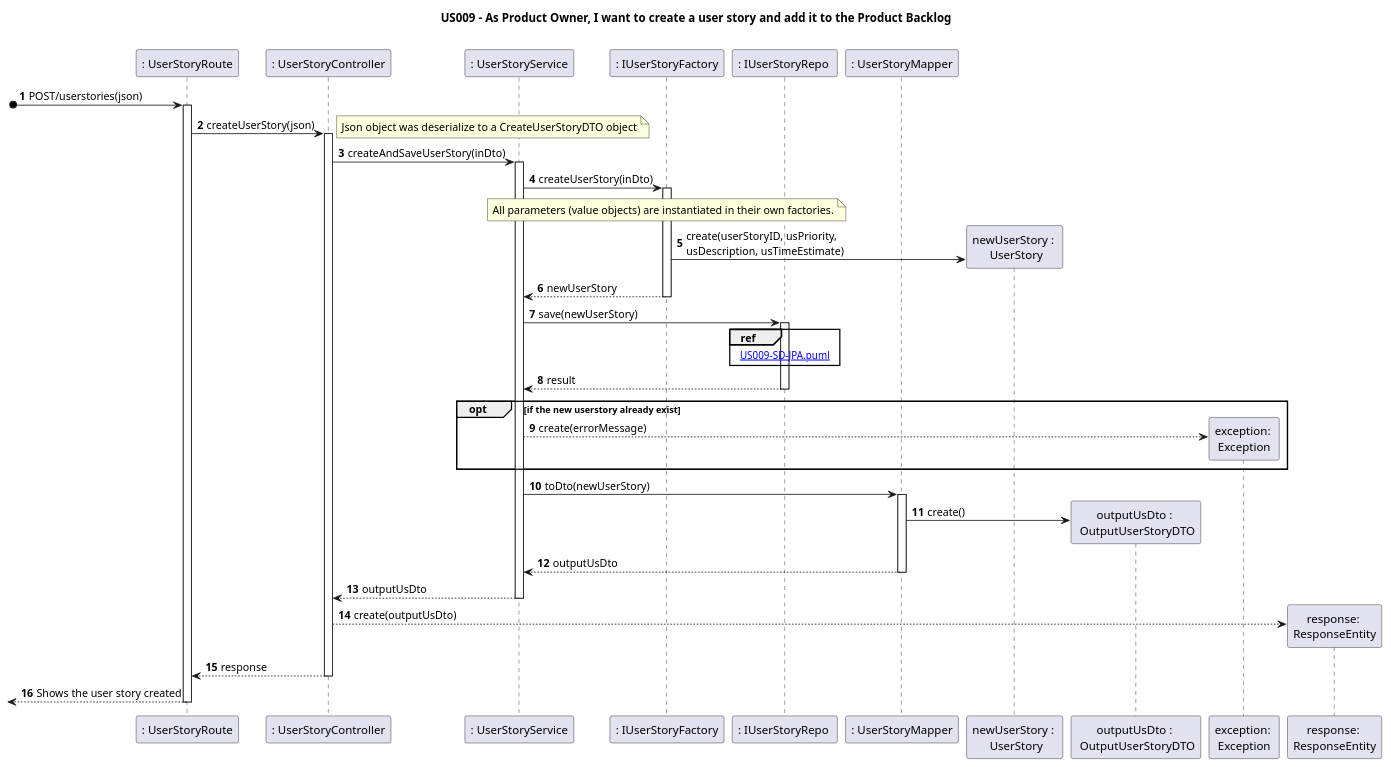
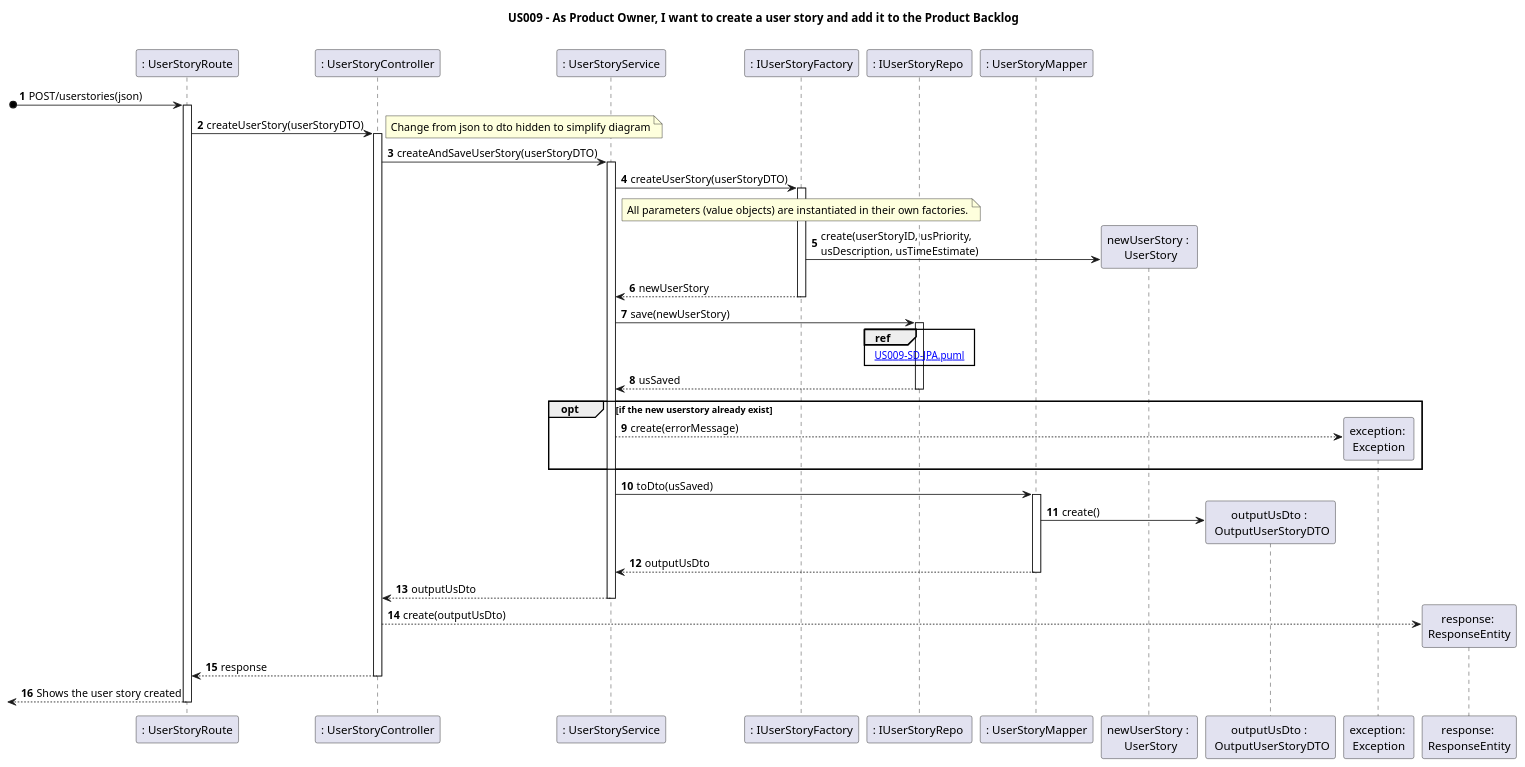
One commit to nunogon1211787/projectManagement changed the diagram in docs/Sprint1/US009/US009-SD.puml. Above: the diagram before and after it, drawn with PlantUML. The commit also changed 49 other files, not shown here.

```diff
--- a/docs/Sprint1/US009/US009-SD.puml
+++ b/docs/Sprint1/US009/US009-SD.puml
@@ -1,50 +1,50 @@
 @startuml
 'https://plantuml.com/sequence-diagram
 
 title US009 - As Product Owner, I want to create a user story and add it to the Product Backlog
 
 autoactivate on
 autonumber
 
 
 participant ": UserStoryRoute" as System
 participant ": UserStoryController" as Ctrl
 participant ": UserStoryService" as appService
 participant ": IUserStoryFactory" as factory
 participant ": IUserStoryRepo " as usStore
 participant ": UserStoryMapper" as usMapper
 participant "newUserStory : \n UserStory" as us
 participant "outputUsDto : \n OutputUserStoryDTO" as outDto
 participant "exception: \nException" as exc
 participant "response: \nResponseEntity" as json
 
 
 
 [o-> System: POST/userstories(json)
-System -> Ctrl: createUserStory(json)
+System -> Ctrl: createUserStory(userStoryDTO)
 note right
-Json object was deserialize to a CreateUserStoryDTO object
+Change from json to dto hidden to simplify diagram
 end note
-Ctrl -> appService: createAndSaveUserStory(inDto)
-appService -> factory:  createUserStory(inDto)
+Ctrl -> appService: createAndSaveUserStory(userStoryDTO)
+appService -> factory:  createUserStory(userStoryDTO)
 
 note over factory : All parameters (value objects) are instantiated in their own factories.
 
 factory -> us **: create(userStoryID, usPriority, \nusDescription, usTimeEstimate)
 return newUserStory
 
 appService-> usStore: save(newUserStory)
 ref over usStore: [[US009-SD-JPA.puml]]
-return result
+return usSaved
 opt if the new userstory already exist
 appService --> exc** : create(errorMessage)
 end
-appService-> usMapper : toDto(newUserStory)
+appService-> usMapper : toDto(usSaved)
 usMapper-> outDto **:create()
 usMapper --> appService: outputUsDto
 appService --> Ctrl: outputUsDto
 Ctrl --> json**: create(outputUsDto)
 Ctrl --> System: response
 [<--System : Shows the user story created
 
 @enduml
```
